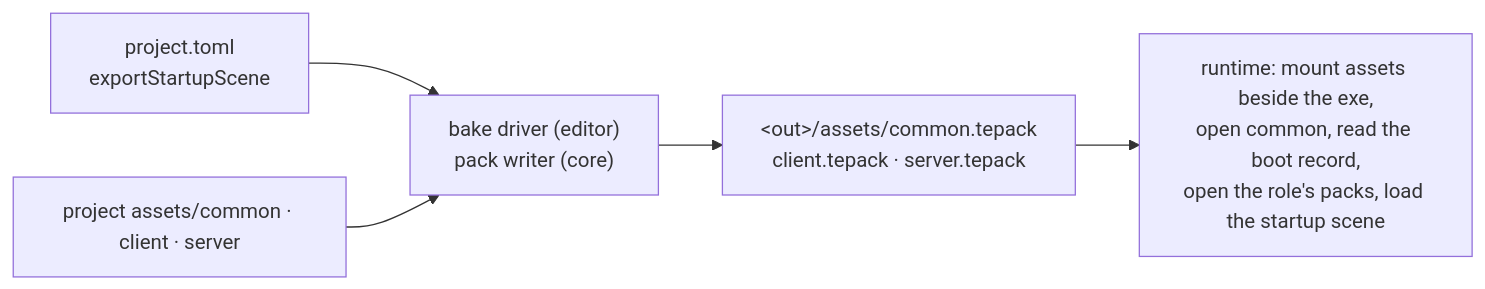
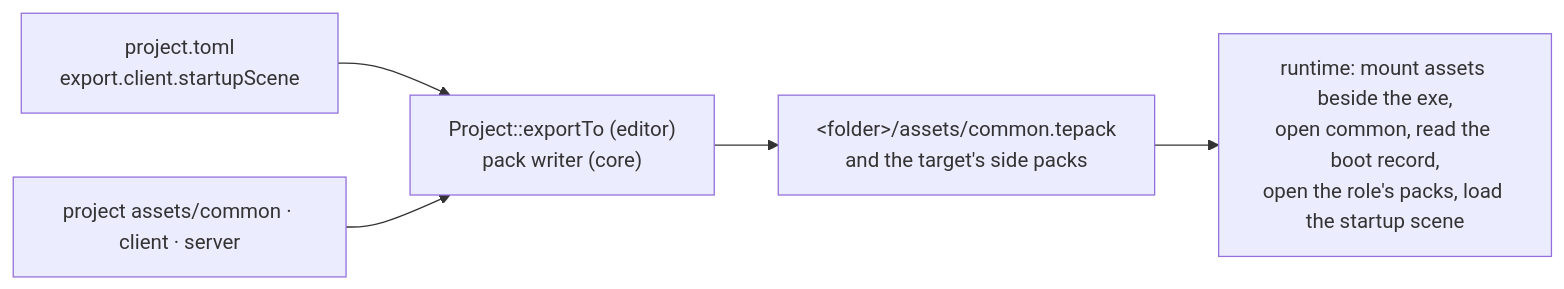
One commit to techattackteam/TechEngine-vault changed the third of 3 diagrams in 04 Design Docs/Systems/Resources - Design.md. Above: the diagram before and after it, drawn with Mermaid. The commit also changed other lines of this file and 4 other files, not shown here.

Commit message:
Added project export

````diff
--- a/04 Design Docs/Systems/Resources - Design.md
+++ b/04 Design Docs/Systems/Resources - Design.md
@@ -348,7 +350,7 @@
 ```mermaid
 flowchart LR
-  toml["project.toml<br/>exportStartupScene"] --> bake
-  assets["project assets/common · client · server"] --> bake["bake driver (editor)<br/>pack writer (core)"]
-  bake --> out["&lt;out&gt;/assets/common.tepack<br/>client.tepack · server.tepack"]
+  toml["project.toml<br/>export.client.startupScene"] --> export
+  assets["project assets/common · client · server"] --> export["Project::exportTo (editor)<br/>pack writer (core)"]
+  export --> out["&lt;folder&gt;/assets/common.tepack<br/>and the target's side packs"]
   out --> rt["runtime: mount assets beside the exe,<br/>open common, read the boot record,<br/>open the role's packs, load the startup scene"]
 ```
````
